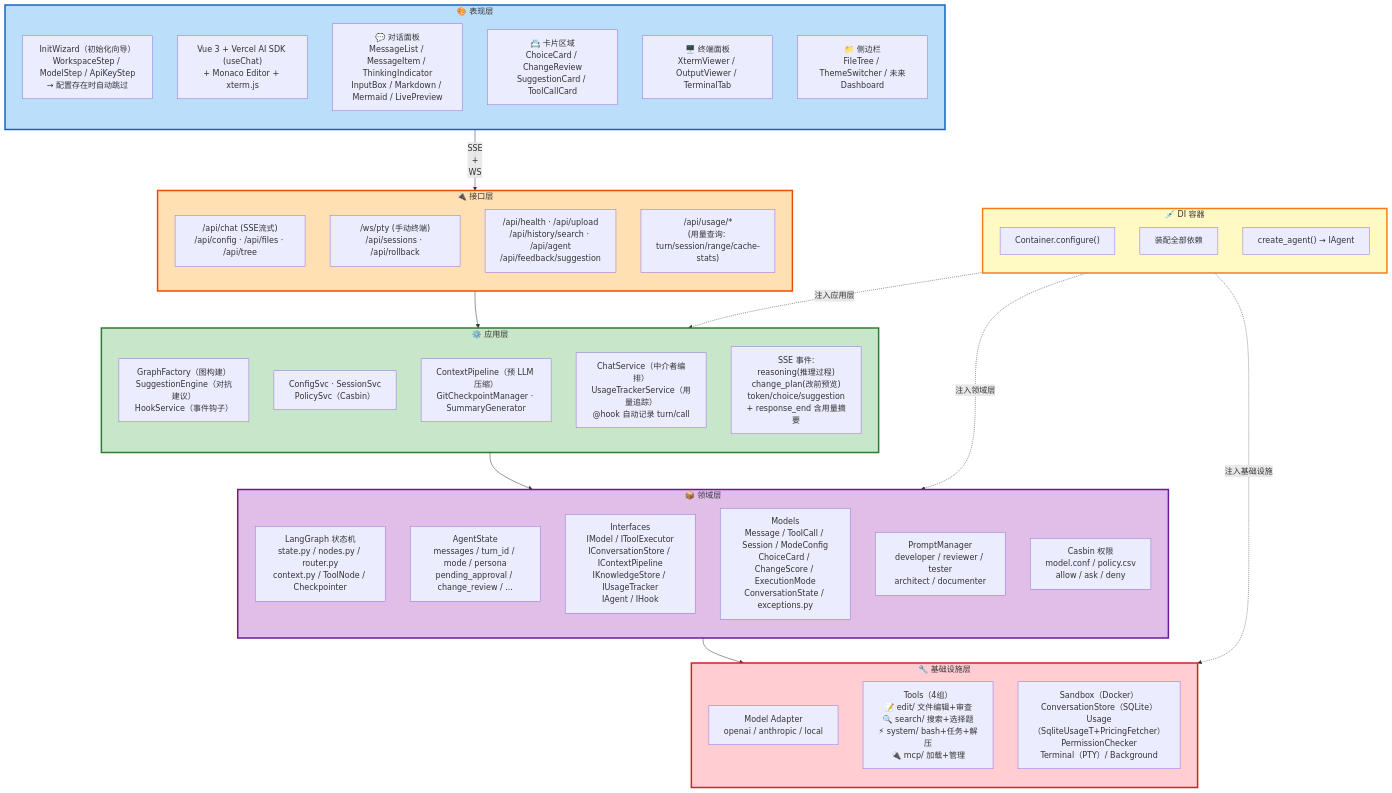
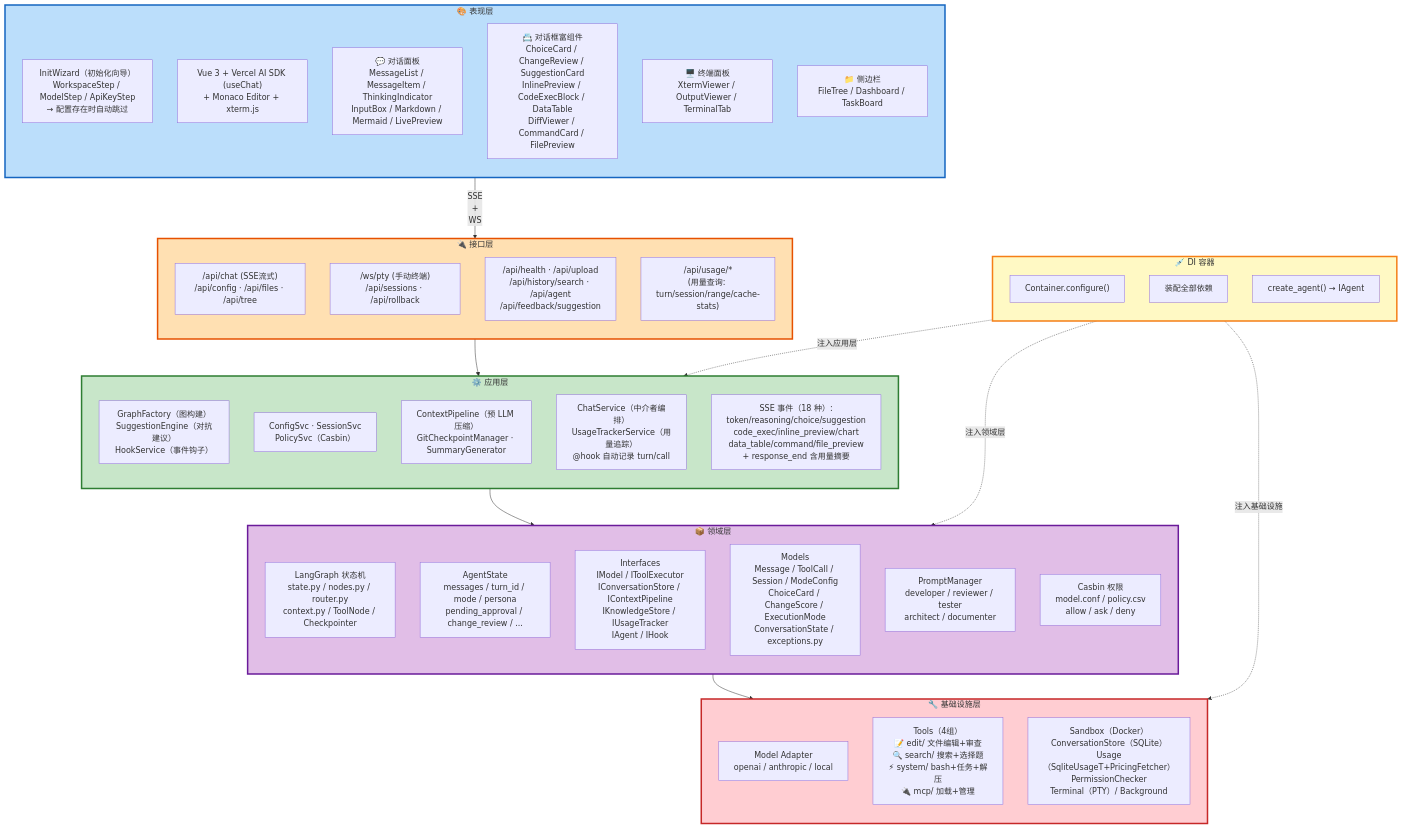
The diagram in docs/docs_refactor/architecture-diagram.md (sunq0001/flypig), drawn with Mermaid before and after one commit. The commit also changed other lines of this file and 9 other files, not shown here.

````diff
--- a/docs/docs_refactor/architecture-diagram.md
+++ b/docs/docs_refactor/architecture-diagram.md
@@ -145,68 +145,68 @@
 ```mermaid
 flowchart TD
     subgraph PRESENTATION["🎨 表现层"]
         direction TB
         P0["InitWizard（初始化向导）<br/>WorkspaceStep / ModelStep / ApiKeyStep<br/>→ 配置存在时自动跳过"]
         P1["Vue 3 + Vercel AI SDK (useChat)<br/>+ Monaco Editor + xterm.js"]
         P2["💬 对话面板<br/>MessageList / MessageItem / ThinkingIndicator<br/>InputBox / Markdown / Mermaid / LivePreview"]
-        P3["📇 卡片区域<br/>ChoiceCard / ChangeReview<br/>SuggestionCard / ToolCallCard"]
+        P3["📇 对话框富组件<br/>ChoiceCard / ChangeReview / SuggestionCard<br/>InlinePreview / CodeExecBlock / DataTable<br/>DiffViewer / CommandCard / FilePreview"]
         P4["🖥️ 终端面板<br/>XtermViewer / OutputViewer / TerminalTab"]
-        P5["📁 侧边栏<br/>FileTree / ThemeSwitcher / 未来Dashboard"]
+        P5["📁 侧边栏<br/>FileTree / Dashboard / TaskBoard"]
     end
     PRESENTATION -->|"SSE<br/>+<br/>WS"| INTERFACE
 
     subgraph INTERFACE["🔌 接口层"]
         direction TB
         I1["/api/chat (SSE流式)<br/>/api/config · /api/files · /api/tree"]
         I2["/ws/pty (手动终端)<br/>/api/sessions · /api/rollback"]
         I3["/api/health · /api/upload<br/>/api/history/search · /api/agent<br/>/api/feedback/suggestion"]
         I4["/api/usage/*<br/>(用量查询: turn/session/range/cache-stats)"]
     end
     INTERFACE --> APPLICATION
 
     subgraph APPLICATION["⚙️ 应用层"]
         direction TB
         A1["GraphFactory（图构建）<br/>SuggestionEngine（对抗建议）<br/>HookService（事件钩子）"]
         A2["ConfigSvc · SessionSvc<br/>PolicySvc（Casbin）"]
         A3["ContextPipeline（预 LLM 压缩）<br/>GitCheckpointManager · SummaryGenerator"]
         A4["ChatService（中介者编排）<br/>UsageTrackerService（用量追踪）<br/>@hook 自动记录 turn/call"]
-        A5["SSE 事件:<br/>reasoning(推理过程)<br/>change_plan(改前预览)<br/>token/choice/suggestion<br/>+ response_end 含用量摘要"]
+        A5["SSE 事件（18 种）:<br/>token/reasoning/choice/suggestion<br/>code_exec/inline_preview/chart<br/>data_table/command/file_preview<br/>+ response_end 含用量摘要"]
     end
     APPLICATION --> DOMAIN
 
     subgraph DOMAIN["📦 领域层"]
         direction TB
         D1["LangGraph 状态机<br/>state.py / nodes.py / router.py<br/>context.py / ToolNode / Checkpointer"]
         D2["AgentState<br/>messages / turn_id / mode / persona<br/>pending_approval / change_review / ..."]
         D3["Interfaces<br/>IModel / IToolExecutor<br/>IConversationStore / IContextPipeline<br/>IKnowledgeStore / IUsageTracker<br/>IAgent / IHook"]
         D4["Models<br/>Message / ToolCall / Session / ModeConfig<br/>ChoiceCard / ChangeScore / ExecutionMode<br/>ConversationState / exceptions.py"]
         D5["PromptManager<br/>developer / reviewer / tester<br/>architect / documenter"]
         D6["Casbin 权限<br/>model.conf / policy.csv<br/>allow / ask / deny"]
     end
     DOMAIN --> INFRASTRUCTURE
 
     subgraph INFRASTRUCTURE["🔧 基础设施层"]
         direction TB
         F1["Model Adapter<br/>openai / anthropic / local"]
         F2["Tools（4组）<br/>📝 edit/ 文件编辑+审查<br/>🔍 search/ 搜索+选择题<br/>⚡ system/ bash+任务+解压<br/>🔌 mcp/ 加载+管理"]
         F3["Sandbox（Docker）<br/>ConversationStore（SQLite）<br/>Usage（SqliteUsageT+PricingFetcher）<br/>PermissionChecker<br/>Terminal（PTY）/ Background"]
     end
 
     subgraph DI["💉 DI 容器"]
         direction TB
         DX1["Container.configure()"]
         DX2["装配全部依赖"]
         DX3["create_agent() → IAgent"]
     end
 
     DI -.->|注入应用层| APPLICATION
     DI -.->|注入领域层| DOMAIN
     DI -.->|注入基础设施| INFRASTRUCTURE
 
     style PRESENTATION fill:#BBDEFB,stroke:#1565C0,stroke-width:3px,fontSize:16px
     style INTERFACE fill:#FFE0B2,stroke:#E65100,stroke-width:3px,fontSize:16px
     style APPLICATION fill:#C8E6C9,stroke:#2E7D32,stroke-width:3px,fontSize:16px
     style DOMAIN fill:#E1BEE7,stroke:#6A1B9A,stroke-width:3px,fontSize:16px
     style INFRASTRUCTURE fill:#FFCDD2,stroke:#C62828,stroke-width:3px,fontSize:16px
     style DI fill:#FFF9C4,stroke:#F57F17,stroke-width:3px,fontSize:16px
 ```
````
